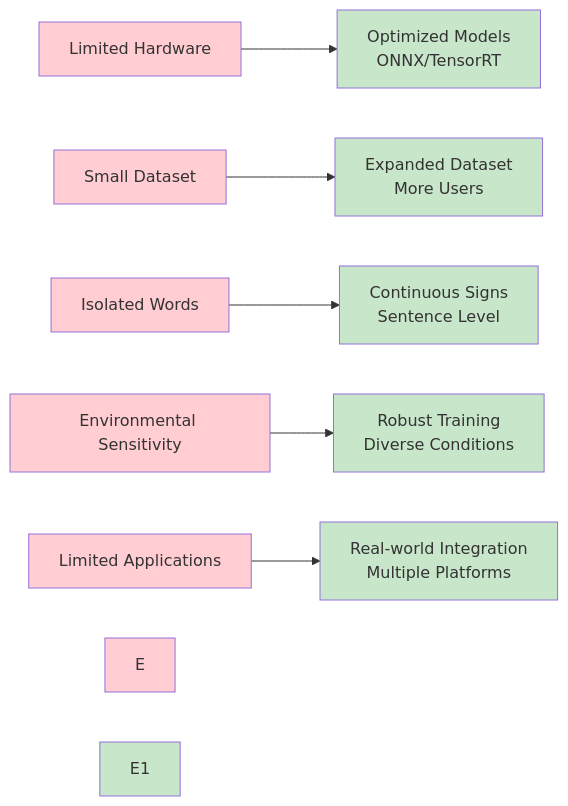
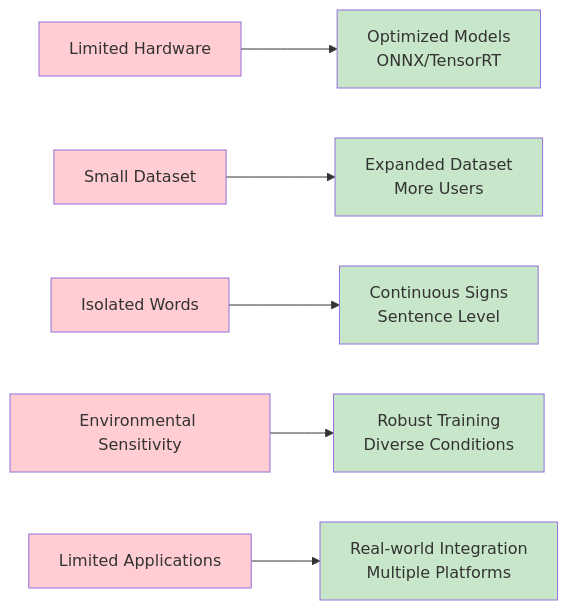
Before and after one commit to Sainava/Sign-Language-to-Speech: the eighth of 10 diagrams in CHALLENGES_AND_FUTURE.md, drawn with Mermaid.

````diff
--- a/CHALLENGES_AND_FUTURE.md
+++ b/CHALLENGES_AND_FUTURE.md
@@ -197,22 +197,20 @@
 ```mermaid
 graph LR
     A[Limited Hardware] --> A1[Optimized Models<br/>ONNX/TensorRT]
     B[Small Dataset] --> B1[Expanded Dataset<br/>More Users]
     C[Isolated Words] --> C1[Continuous Signs<br/>Sentence Level]
     D[Environmental Sensitivity] --> D1[Robust Training<br/>Diverse Conditions]
     F[Limited Applications] --> F1[Real-world Integration<br/>Multiple Platforms]
     
     style A fill:#ffcdd2
     style B fill:#ffcdd2
     style C fill:#ffcdd2
     style D fill:#ffcdd2
-    style E fill:#ffcdd2
     style F fill:#ffcdd2
     
     style A1 fill:#c8e6c9
     style B1 fill:#c8e6c9
     style C1 fill:#c8e6c9
     style D1 fill:#c8e6c9
-    style E1 fill:#c8e6c9
     style F1 fill:#c8e6c9
 ```
````
